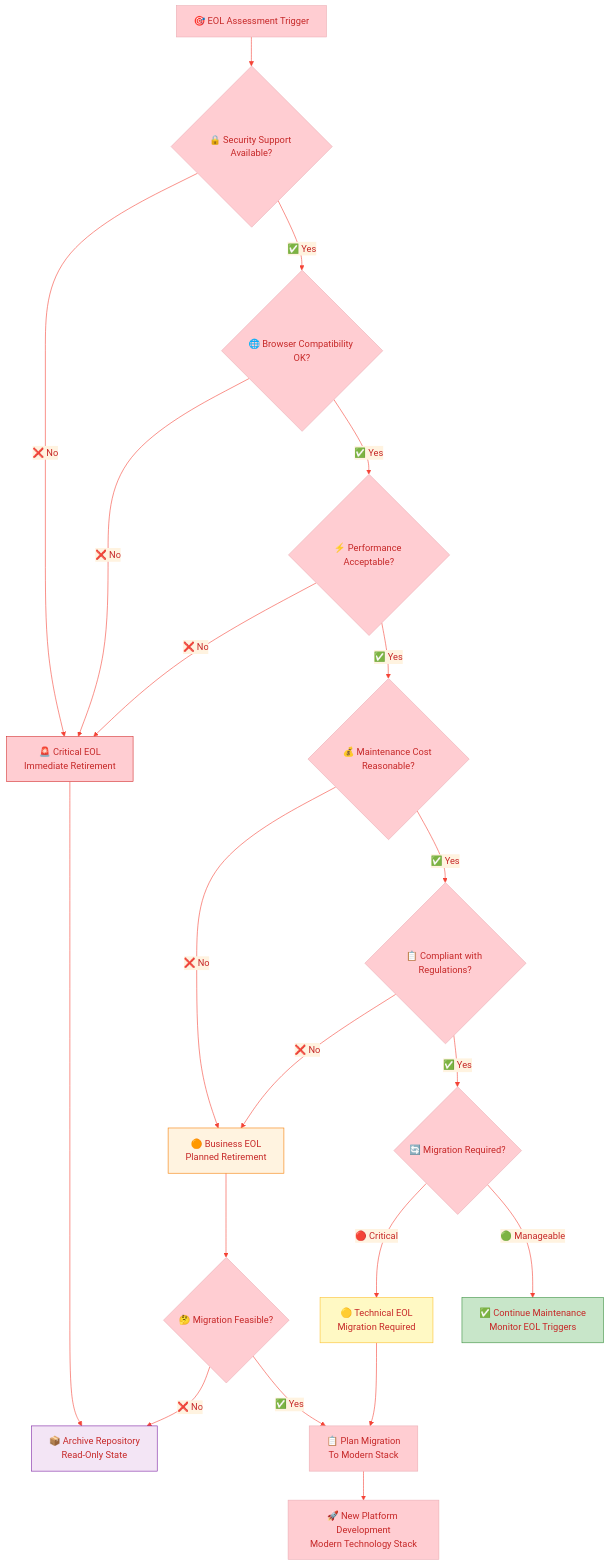
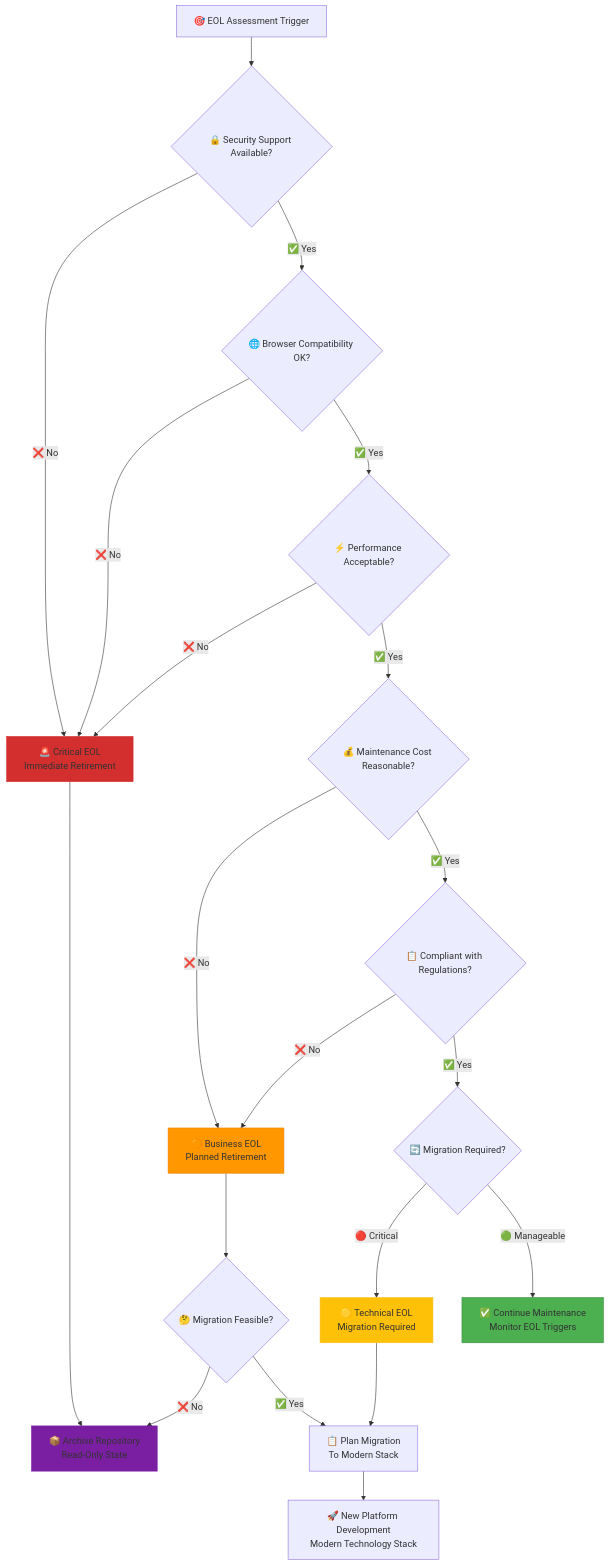
Before and after one commit to Hack23/cia-compliance-manager: the sixth of 9 diagrams in docs/End-of-Life-Strategy.md, drawn with Mermaid. The commit also changed other lines of this file and 18 other files, not shown here.

````diff
--- a/docs/End-of-Life-Strategy.md
+++ b/docs/End-of-Life-Strategy.md
@@ -550,49 +529,42 @@
 ```mermaid
 %%{
   init: {
-    'theme': 'base',
-    'themeVariables': {
-      'primaryColor': '#ffcdd2',
-      'primaryTextColor': '#c62828',
-      'lineColor': '#f44336',
-      'secondaryColor': '#fff3e0',
-      'tertiaryColor': '#e8f5e9'
-    }
-  }
+    'theme': 'neutral',
+}
 }%%
 flowchart TD
     START[🎯 EOL Assessment Trigger] --> SECURITY{🔒 Security Support Available?}
 
     SECURITY -->|❌ No| CRITICAL[🚨 Critical EOL<br/>Immediate Retirement]
     SECURITY -->|✅ Yes| BROWSER{🌐 Browser Compatibility OK?}
 
     BROWSER -->|❌ No| CRITICAL
     BROWSER -->|✅ Yes| PERFORMANCE{⚡ Performance Acceptable?}
 
     PERFORMANCE -->|❌ No| CRITICAL
     PERFORMANCE -->|✅ Yes| MAINTENANCE{💰 Maintenance Cost Reasonable?}
 
     MAINTENANCE -->|❌ No| BUSINESS[🟠 Business EOL<br/>Planned Retirement]
     MAINTENANCE -->|✅ Yes| COMPLIANCE{📋 Compliant with Regulations?}
 
     COMPLIANCE -->|❌ No| BUSINESS
     COMPLIANCE -->|✅ Yes| MIGRATION{🔄 Migration Required?}
 
     MIGRATION -->|🔴 Critical| TECHNICAL[🟡 Technical EOL<br/>Migration Required]
     MIGRATION -->|🟢 Manageable| CONTINUE[✅ Continue Maintenance<br/>Monitor EOL Triggers]
 
     CRITICAL --> ARCHIVE[📦 Archive Repository<br/>Read-Only State]
     BUSINESS --> MIGRATE_OR_ARCHIVE{🤔 Migration Feasible?}
     TECHNICAL --> PLAN_MIGRATION[📋 Plan Migration<br/>To Modern Stack]
 
     MIGRATE_OR_ARCHIVE -->|❌ No| ARCHIVE
     MIGRATE_OR_ARCHIVE -->|✅ Yes| PLAN_MIGRATION
 
     PLAN_MIGRATION --> NEW_PLATFORM[🚀 New Platform Development<br/>Modern Technology Stack]
 
-    style CRITICAL fill:#ffcdd2,stroke:#d32f2f
-    style BUSINESS fill:#fff3e0,stroke:#f57c00
-    style TECHNICAL fill:#fff9c4,stroke:#fbc02d
-    style CONTINUE fill:#c8e6c9,stroke:#388e3c
-    style ARCHIVE fill:#f3e5f5,stroke:#7b1fa2
+    style CRITICAL fill:#D32F2F,stroke:#d32f2f
+    style BUSINESS fill:#FF9800,stroke:#f57c00
+    style TECHNICAL fill:#FFC107,stroke:#fbc02d
+    style CONTINUE fill:#4CAF50,stroke:#388e3c
+    style ARCHIVE fill:#7B1FA2,stroke:#7b1fa2
 ```
````
